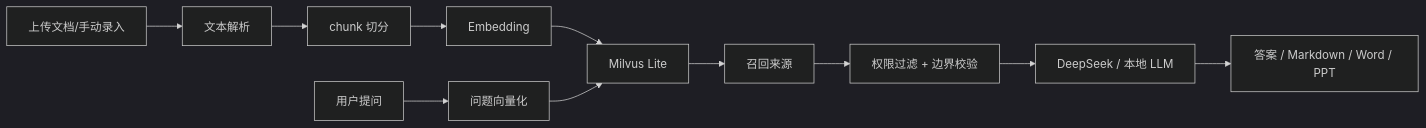
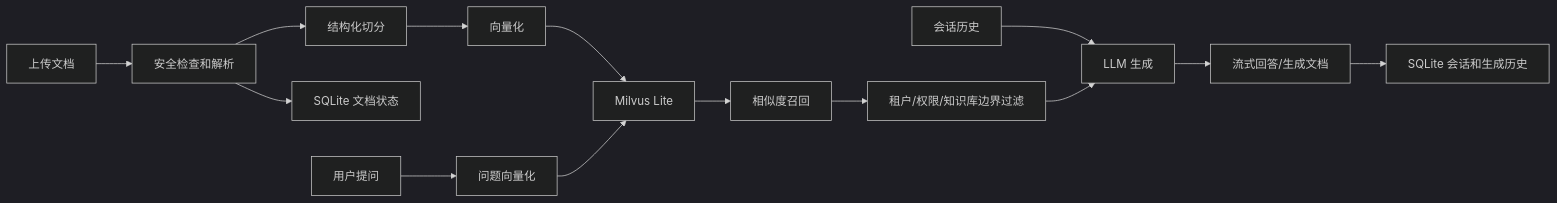
Before and after one commit to LiChangZheng10086/BoundaryRAG: the diagram in README.md, drawn with Mermaid (dark theme). The commit also changed other lines of this file, not shown here.

````diff
--- a/README.md
+++ b/README.md
@@ -40,13 +46,16 @@
 ```mermaid
 flowchart LR
-  A[上传文档/手动录入] --> B[文本解析]
-  B --> C[chunk 切分]
-  C --> D[Embedding]
+  A[上传文档] --> B[安全检查和解析]
+  B --> C[结构化切分]
+  C --> D[向量化]
   D --> E[Milvus Lite]
+  B --> S[SQLite 文档状态]
   Q[用户提问] --> QE[问题向量化]
   QE --> E
-  E --> R[召回来源]
-  R --> F[权限过滤 + 边界校验]
-  F --> G[DeepSeek / 本地 LLM]
-  G --> H[答案 / Markdown / Word / PPT]
+  E --> R[相似度召回]
+  R --> F[租户/权限/知识库边界过滤]
+  H[会话历史] --> G[LLM 生成]
+  F --> G
+  G --> O[流式回答/生成文档]
+  O --> DB[SQLite 会话和生成历史]
 ```
````
